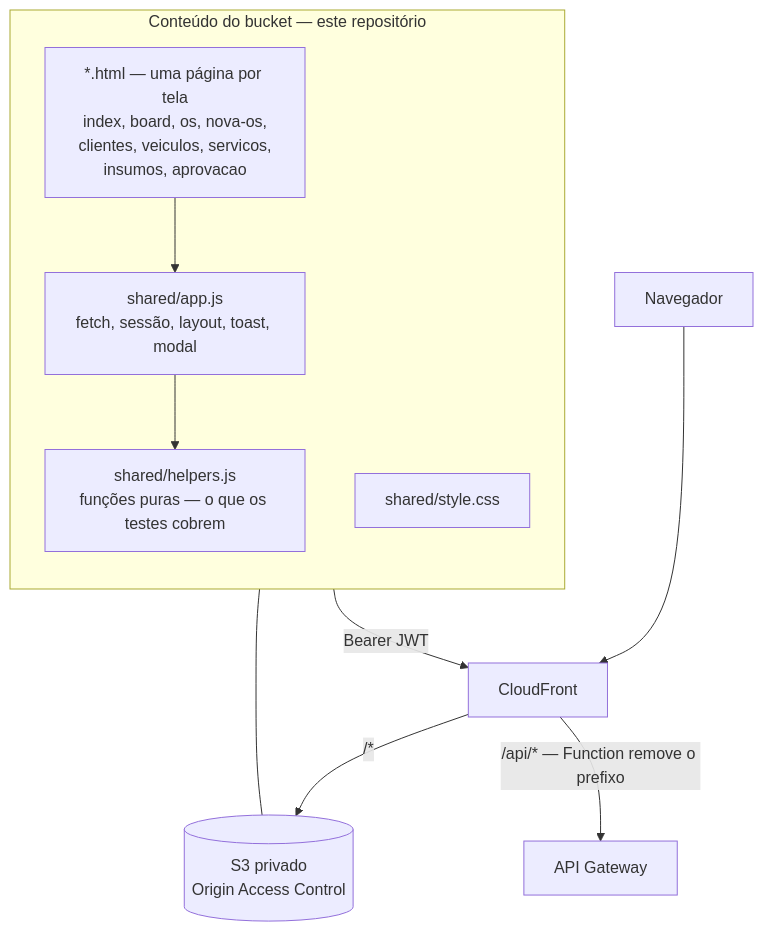
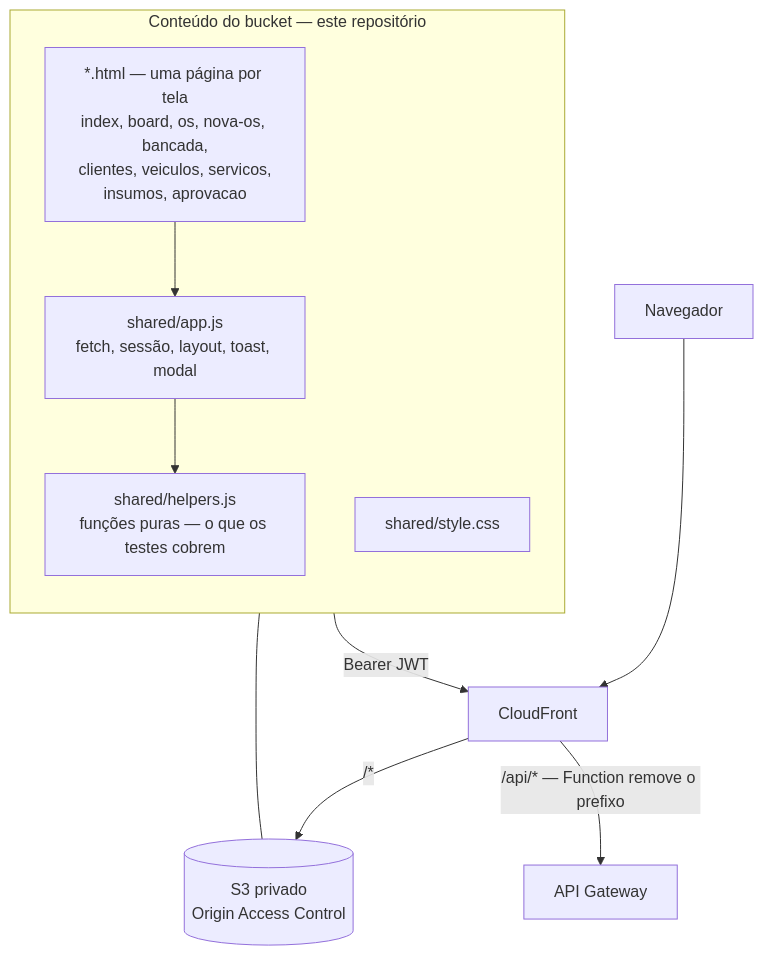
The first of 2 diagrams in README.md (SOAT-15-Oficina/oficina-mecanica-frontend), drawn with Mermaid before and after one commit. The commit also changed other lines of this file, not shown here.

Commit message:
Documenta as paginas e os servicos da Fase 4

````diff
--- a/README.md
+++ b/README.md
@@ -36,18 +39,18 @@
 ```mermaid
 flowchart TB
     U[Navegador] --> CF[CloudFront]
     CF -->|/*| S3[(S3 privado<br/>Origin Access Control)]
     CF -->|/api/* — Function remove o prefixo| GW[API Gateway]
 
     subgraph BUNDLE [Conteúdo do bucket — este repositório]
         direction TB
-        PAGES["*.html — uma página por tela<br/>index, board, os, nova-os,<br/>clientes, veiculos, servicos,<br/>insumos, aprovacao"]
+        PAGES["*.html — uma página por tela<br/>index, board, os, nova-os, bancada,<br/>clientes, veiculos, servicos,<br/>insumos, aprovacao"]
         APP["shared/app.js<br/>fetch, sessão, layout, toast, modal"]
         HLP["shared/helpers.js<br/>funções puras — o que os testes cobrem"]
         CSS[shared/style.css]
     end
 
     S3 --- BUNDLE
     PAGES --> APP --> HLP
     APP -->|Bearer JWT| CF
 ```
````
